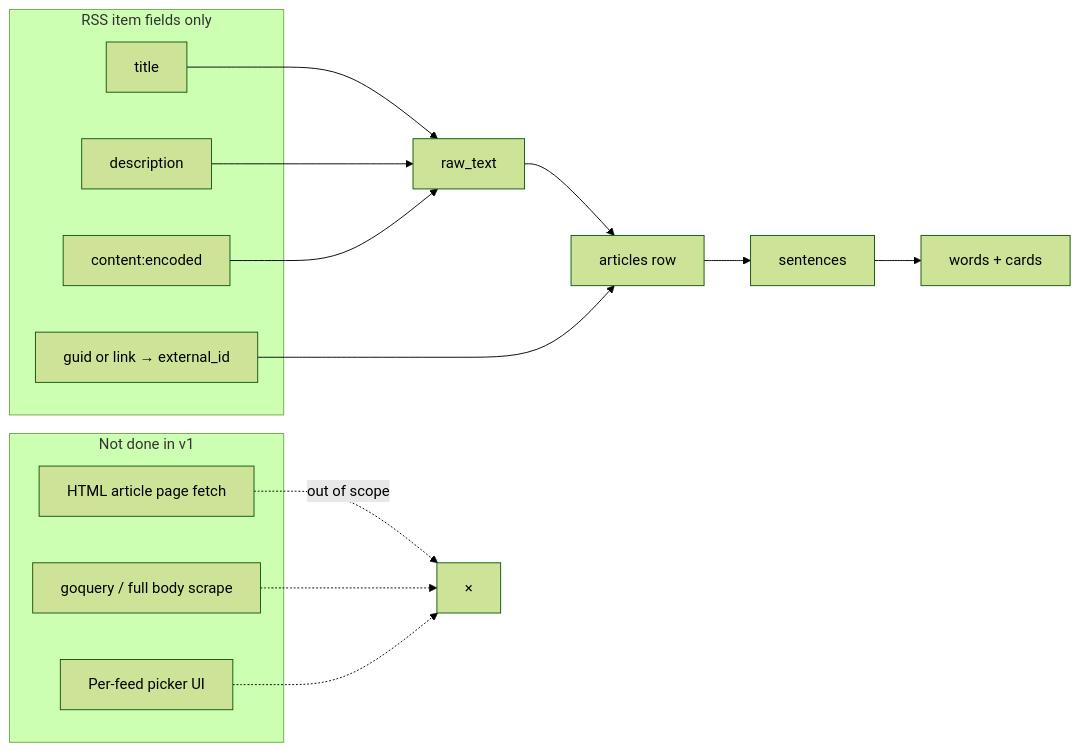
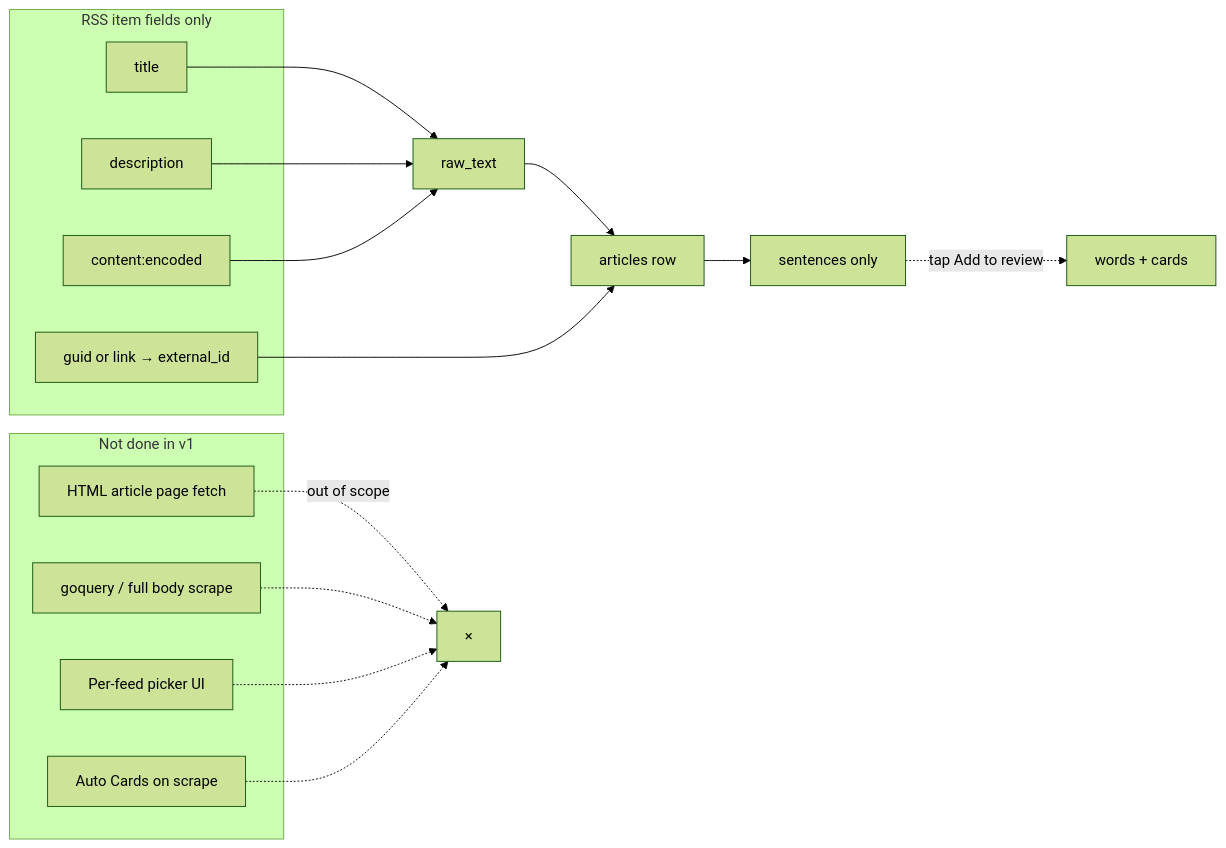
The fourth of 7 diagrams in README.md (rikiisworking/jkrt), drawn with Mermaid (forest theme) before and after one commit. The commit also changed other lines of this file and 14 other files, not shown here.

First line of the commit message:
feat: extract-on-tap so only opted sentences enter review

````diff
--- a/README.md
+++ b/README.md
@@ -143,27 +144,29 @@
 ```mermaid
 flowchart LR
   subgraph rss [RSS item fields only]
     T[title]
     D[description]
     C[content:encoded]
     G[guid or link → external_id]
   end
 
   subgraph not [Not done in v1]
     H[HTML article page fetch]
     GQ[goquery / full body scrape]
     SEL[Per-feed picker UI]
+    AUTO[Auto Cards on scrape]
   end
 
   T --> RT[raw_text]
   D --> RT
   C --> RT
   RT --> Art[articles row]
   G --> Art
-  Art --> Sent[sentences]
-  Sent --> Words[words + cards]
+  Art --> Sent[sentences only]
+  Sent -.->|tap Add to review| Words[words + cards]
 
   H -.->|out of scope| X[×]
   GQ -.-> X
   SEL -.-> X
+  AUTO -.-> X
 ```
````
